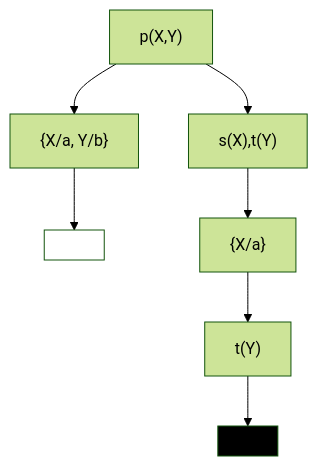
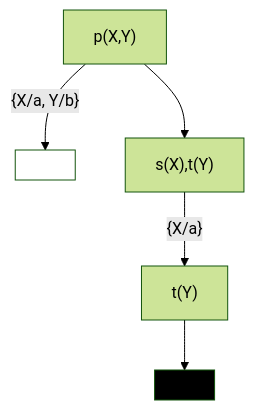
Before and after one commit to bosoninfo/Resource_AI-Prolog-Essential: the fourth of 6 diagrams in Chapter07/README.md, drawn with Mermaid (forest theme). The commit also changed other lines of this file, not shown here.

````diff
--- a/Chapter07/README.md
+++ b/Chapter07/README.md
@@ -399,11 +398,10 @@
 ```mermaid
 flowchart TD
-    A["p(X,Y)"] --> B["{X/a, Y/b}"] --> C[ ]
-    A --> D["s(X),t(Y)"]
-    D --> E["{X/a}"]
-    E --> F["t(Y)"] --> G[ ]
-    C:::classwhite
-    G:::classblack
+    A["p(X,Y)"] -- "{X/a, Y/b}" --> B[ ]
+    A --> C["s(X),t(Y)"]
+    C -- "{X/a}" --> D["t(Y)"] --> E[ ]
+    B:::classwhite
+    E:::classblack
     classDef classwhite fill:#fff
     classDef classblack fill:#000
 ```
````
